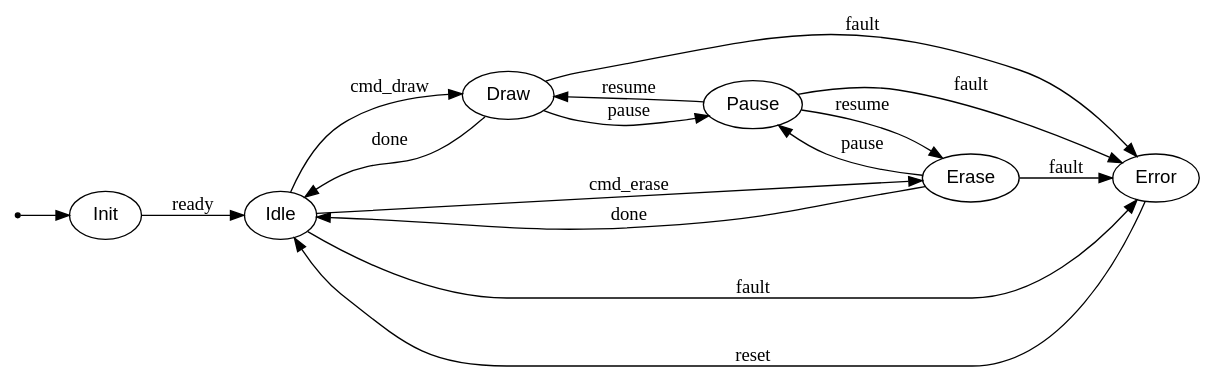
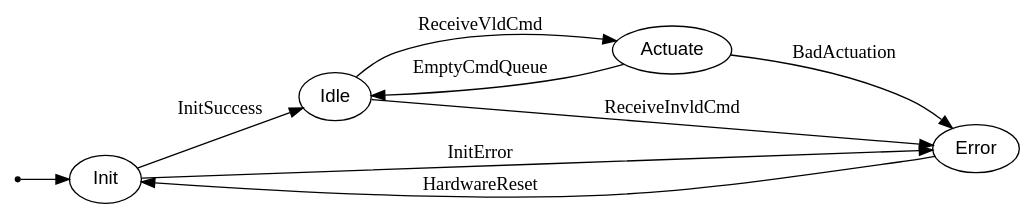
Before and after one commit to alexayl/doodle_bot: the diagram in docs/firmware/state_machine/state_machine.dot, drawn with Graphviz. The commit also changed 7 other files, not shown here.

```diff
--- a/docs/firmware/state_machine/state_machine.dot
+++ b/docs/firmware/state_machine/state_machine.dot
@@ -1,43 +1,28 @@
 digraph DoodlebotStateMachine {
   rankdir=LR;
   labelloc="t";
   node [shape=ellipse, fontname="Helvetica"];
 
   Start [shape=point];
 
   // States
   Init;
   Idle;
-  Draw;
-  Erase;
-  Pause;
+  Actuate;
   Error;
 
   // Start
   Start -> Init;
-  Init -> Idle [label="ready"];
+  Init -> Idle      [label="InitSuccess"];
+  Init -> Error     [label="InitError"];
 
   // Normal flow
-  Idle -> Draw   [label="cmd_draw"];
-  Idle -> Erase  [label="cmd_erase"];
+  Idle -> Actuate   [label="ReceiveVldCmd"];
+  Idle -> Error     [label="ReceiveInvldCmd"];
 
-  Draw -> Idle   [label="done"];
-  Erase -> Idle  [label="done"];
+  Actuate -> Idle   [label="EmptyCmdQueue"];
+  Actuate -> Error  [label="BadActuation"];
 
-  // Draw -> Erase  [label="cmd_erase"];
-  // Erase -> Draw  [label="cmd_draw"];
+  Error -> Init     [label="HardwareReset"];
 
-  // Pause/resume
-  Draw -> Pause  [label="pause"];
-  Erase -> Pause [label="pause"];
-  Pause -> Draw  [label="resume"];
-  Pause -> Erase [label="resume"];
-
-  // Fault handling
-  Idle -> Error  [label="fault"];
-  Draw -> Error  [label="fault"];
-  Erase -> Error [label="fault"];
-  Pause -> Error [label="fault"];
-
-  Error -> Idle  [label="reset"];
 }
```
